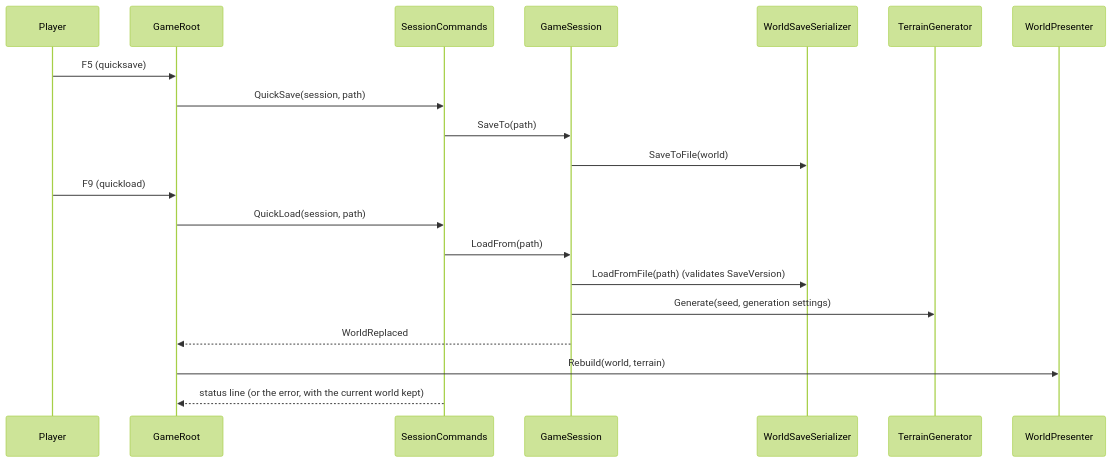
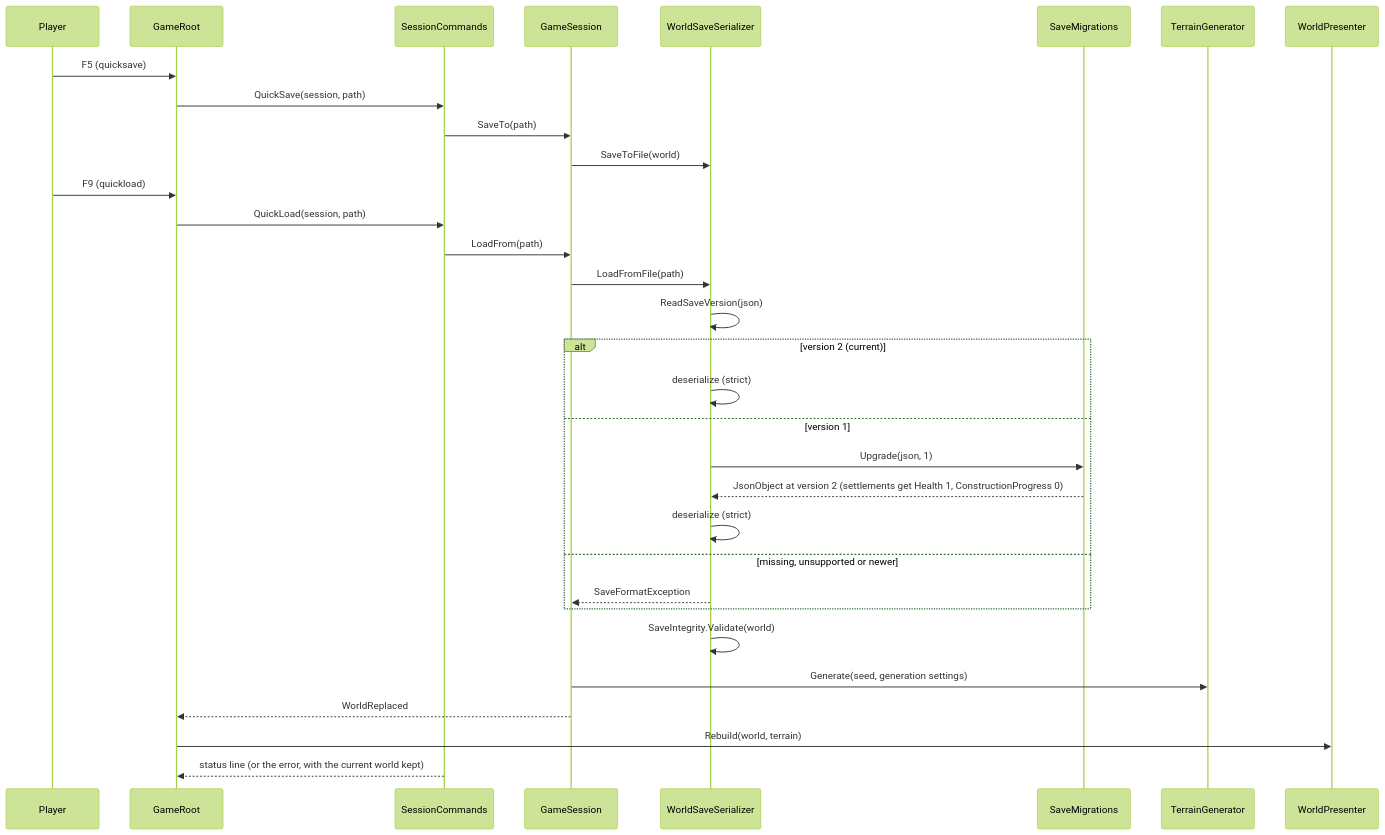
One commit to roeyazroel/pantheon changed the sixth of 7 diagrams in docs/ARCHITECTURE.md. Above: the diagram before and after it, drawn with Mermaid (forest theme). The commit also changed other lines of this file and 3 other files, not shown here.

First line of the commit message:
docs: settlement simulation and population tiers in the architecture, README and AGENTS.md

````diff
--- a/docs/ARCHITECTURE.md
+++ b/docs/ARCHITECTURE.md
@@ -229,23 +410,35 @@
 ```mermaid
 sequenceDiagram
     participant Player
     participant Root as GameRoot
     participant Cmd as SessionCommands
     participant Session as GameSession
     participant Save as WorldSaveSerializer
+    participant Mig as SaveMigrations
     participant Gen as TerrainGenerator
     participant View as WorldPresenter
 
     Player->>Root: F5 (quicksave)
     Root->>Cmd: QuickSave(session, path)
     Cmd->>Session: SaveTo(path)
     Session->>Save: SaveToFile(world)
     Player->>Root: F9 (quickload)
     Root->>Cmd: QuickLoad(session, path)
     Cmd->>Session: LoadFrom(path)
-    Session->>Save: LoadFromFile(path) (validates SaveVersion)
+    Session->>Save: LoadFromFile(path)
+    Save->>Save: ReadSaveVersion(json)
+    alt version 2 (current)
+        Save->>Save: deserialize (strict)
+    else version 1
+        Save->>Mig: Upgrade(json, 1)
+        Mig-->>Save: JsonObject at version 2 (settlements get Health 1, ConstructionProgress 0)
+        Save->>Save: deserialize (strict)
+    else missing, unsupported or newer
+        Save-->>Session: SaveFormatException
+    end
+    Save->>Save: SaveIntegrity.Validate(world)
     Session->>Gen: Generate(seed, generation settings)
     Session-->>Root: WorldReplaced
     Root->>View: Rebuild(world, terrain)
     Cmd-->>Root: status line (or the error, with the current world kept)
 ```
````
